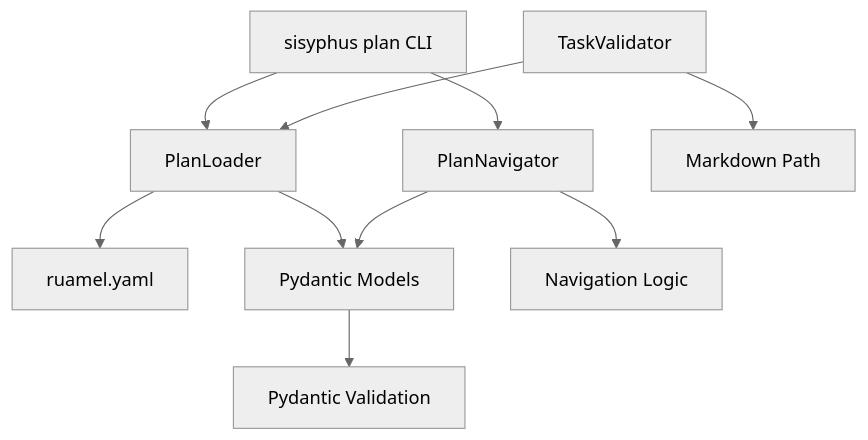
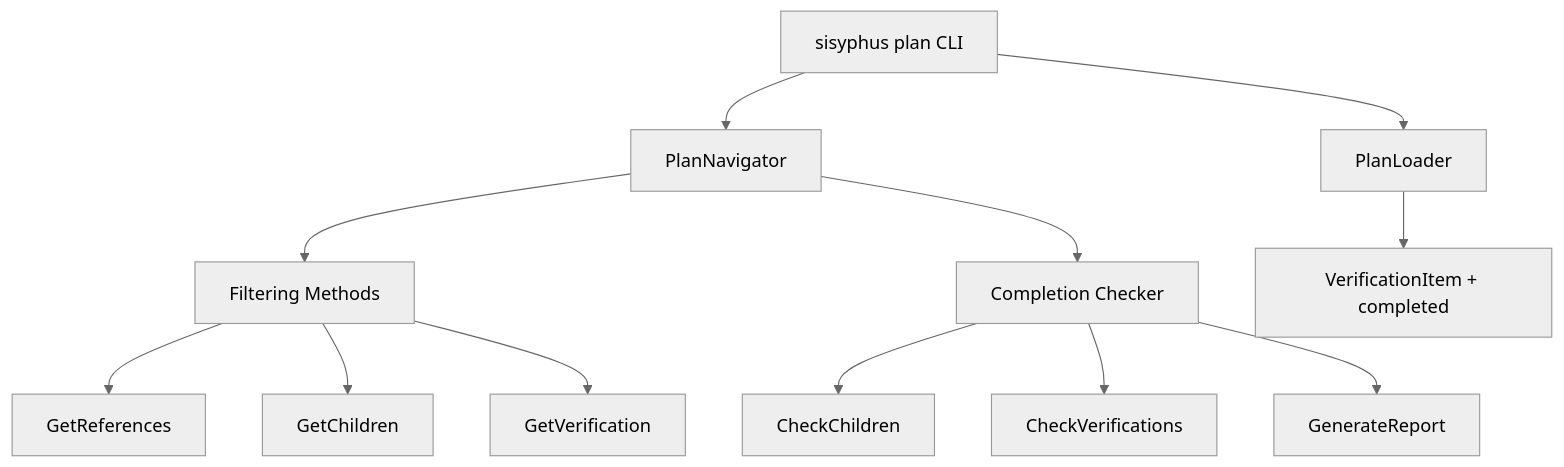
One commit to code-yeongyu/sisyphus-private changed the first of 3 diagrams in ai-todolist.md. Above: the diagram before and after it, drawn with Mermaid (neutral theme). The commit also changed other lines of this file, not shown here.

Commit message:
fiat lux yaml 2

````diff
--- a/ai-todolist.md
+++ b/ai-todolist.md
@@ -258,16 +221,18 @@
 ```mermaid
 graph TB
     CLI[sisyphus plan CLI] --> Navigator[PlanNavigator]
     CLI --> Loader[PlanLoader]
 
-    Loader --> YAML[ruamel.yaml]
-    Loader --> Models[Pydantic Models]
+    Navigator --> FilterMethods[Filtering Methods]
+    Navigator --> CompletionCheck[Completion Checker]
 
-    Navigator --> Models
-    Navigator --> Logic[Navigation Logic]
+    FilterMethods --> GetReferences
+    FilterMethods --> GetChildren
+    FilterMethods --> GetVerification
 
-    Models --> Validation[Pydantic Validation]
+    CompletionCheck --> CheckChildren
+    CompletionCheck --> CheckVerifications
+    CompletionCheck --> GenerateReport
 
-    TaskValidator[TaskValidator] --> Loader
-    TaskValidator --> OldPath[Markdown Path]
+    Loader --> VerificationItem[VerificationItem + completed]
 ```
````
